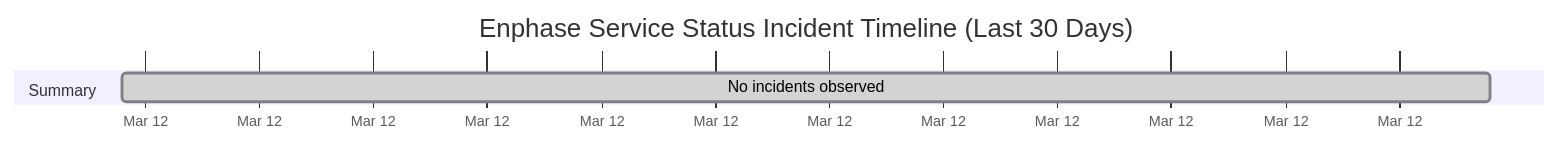
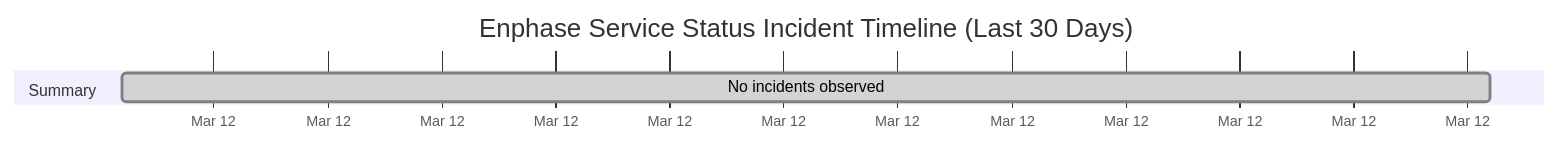
The diagram in wiki/Service-Status-History.md (barneyonline/ha-enphase-ev-charger), drawn with Mermaid before and after one commit. The commit also changed other lines of this file and 3 other files, not shown here.

````diff
--- a/wiki/Service-Status-History.md
+++ b/wiki/Service-Status-History.md
@@ -14,8 +14,8 @@
 ```mermaid
 gantt
     title Enphase Service Status Incident Timeline (Last 30 Days)
     dateFormat  YYYY-MM-DDTHH:mm:ss
     axisFormat  %b %d
     section Summary
-    No incidents observed :done, 2026-03-12T04:05:39, 1m
+    No incidents observed :done, 2026-03-12T05:43:26, 1m
 ```
````
